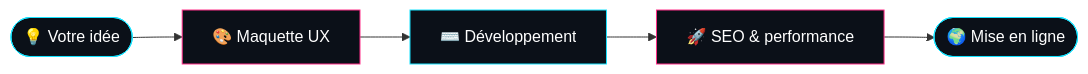
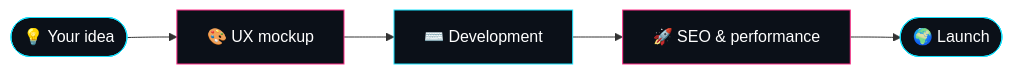
Before and after one commit to Euroshima/Euroshima: the diagram in README.md, drawn with Mermaid. The commit also changed other lines of this file, not shown here.

````diff
--- a/README.md
+++ b/README.md
@@ -62,12 +62,12 @@
 ```mermaid
 flowchart LR
-    A([💡 Votre idée]) --> B[🎨 Maquette UX]
-    B --> C[⌨️ Développement]
+    A([💡 Your idea]) --> B[🎨 UX mockup]
+    B --> C[⌨️ Development]
     C --> D[🚀 SEO & performance]
-    D --> E([🌍 Mise en ligne])
+    D --> E([🌍 Launch])
     style A fill:#0B1018,stroke:#19E3FF,color:#fff
     style B fill:#0B1018,stroke:#FF2E88,color:#fff
     style C fill:#0B1018,stroke:#19E3FF,color:#fff
     style D fill:#0B1018,stroke:#FF2E88,color:#fff
     style E fill:#0B1018,stroke:#19E3FF,color:#fff
 ```
````
